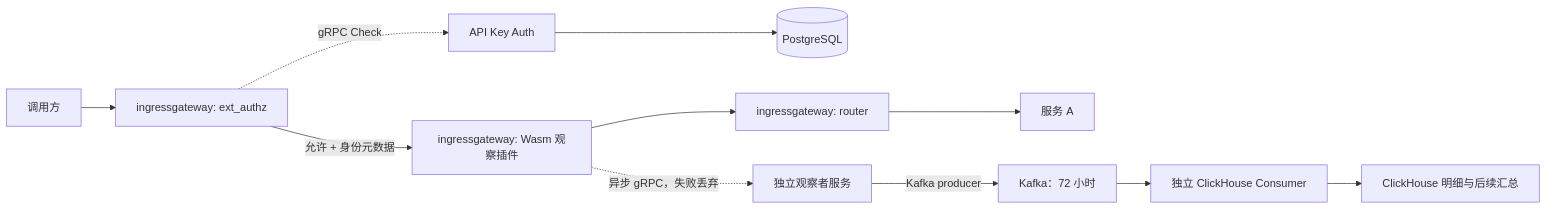
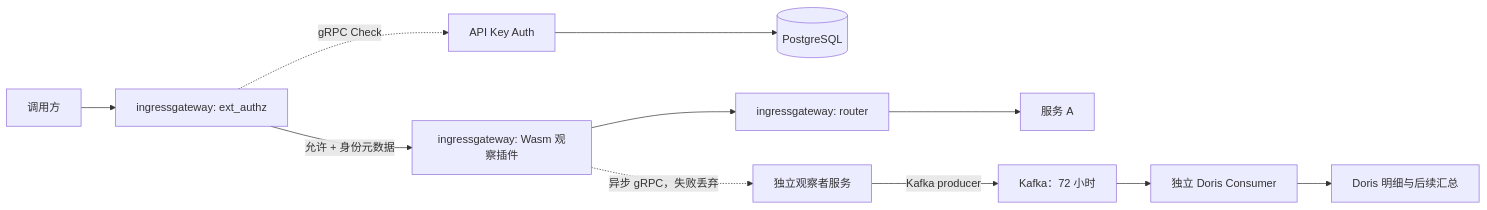
Before and after one commit to Fangyan33/llm-token-stats: the diagram in docs/token-metering-design.md, drawn with Mermaid. The commit also changed other lines of this file and 43 other files, not shown here.

```diff
--- a/docs/token-metering-design.md
+++ b/docs/token-metering-design.md
@@ -80,13 +80,13 @@
 ~~~mermaid
 flowchart LR
     U[调用方] --> X[ingressgateway: ext_authz]
     X -. gRPC Check .-> H[API Key Auth]
     H --> P[(PostgreSQL)]
     X -->|允许 + 身份元数据| W[ingressgateway: Wasm 观察插件]
     W --> G[ingressgateway: router]
     G --> A[服务 A]
     W -. 异步 gRPC，失败丢弃 .-> O[独立观察者服务]
     O -->|Kafka producer| K[Kafka：72 小时]
-    K --> C[独立 ClickHouse Consumer]
-    C --> D[ClickHouse 明细与后续汇总]
+    K --> C[独立 Doris Consumer]
+    C --> D[Doris 明细与后续汇总]
 ~~~
```
